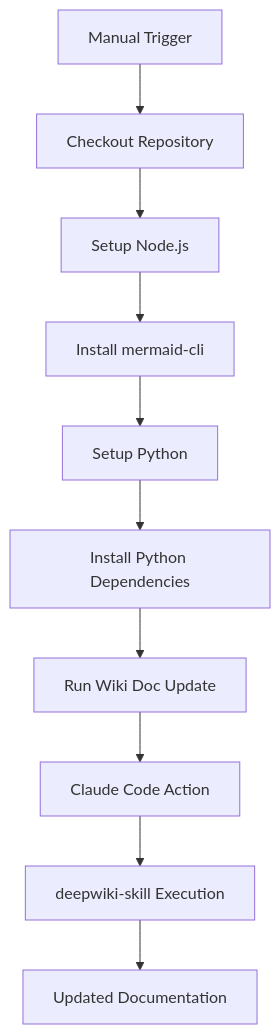
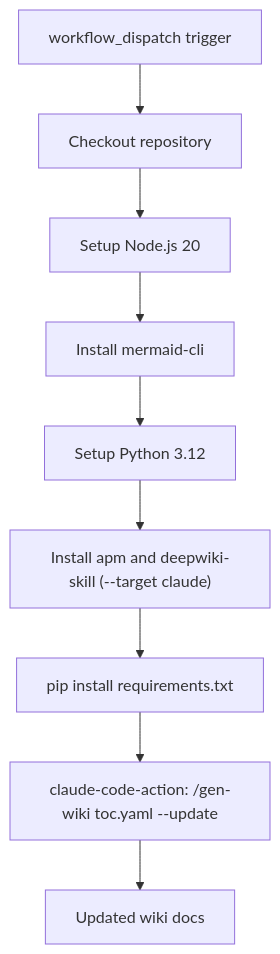
Before and after one commit to natsu1211/deepwiki-skill: the diagram in docs/wiki/06_cicd.md, drawn with Mermaid. The commit also changed other lines of this file and 10 other files, not shown here.

````diff
--- a/docs/wiki/06_cicd.md
+++ b/docs/wiki/06_cicd.md
@@ -71,12 +142,11 @@
 ```mermaid
 graph TD
-    A["Manual Trigger"] --> B["Checkout Repository"]
-    B --> C["Setup Node.js"]
+    A["workflow_dispatch trigger"] --> B["Checkout repository"]
+    B --> C["Setup Node.js 20"]
     C --> D["Install mermaid-cli"]
-    D --> E["Setup Python"]
-    E --> F["Install Python Dependencies"]
-    F --> G["Run Wiki Doc Update"]
-    G --> H["Claude Code Action"]
-    H --> I["deepwiki-skill Execution"]
-    I --> J["Updated Documentation"]
+    D --> E["Setup Python 3.12"]
+    E --> F["Install apm and deepwiki-skill (--target claude)"]
+    F --> G["pip install requirements.txt"]
+    G --> H["claude-code-action: /gen-wiki toc.yaml --update"]
+    H --> I["Updated wiki docs"]
 ```
````
